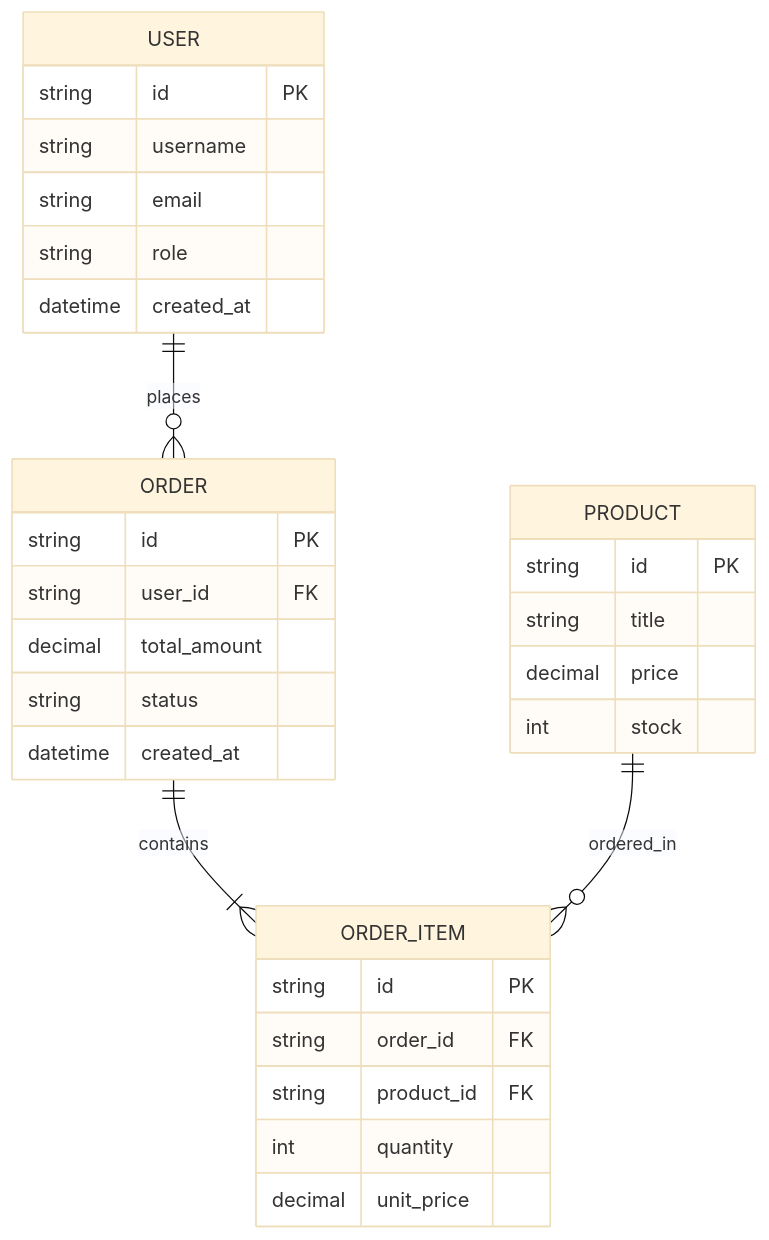
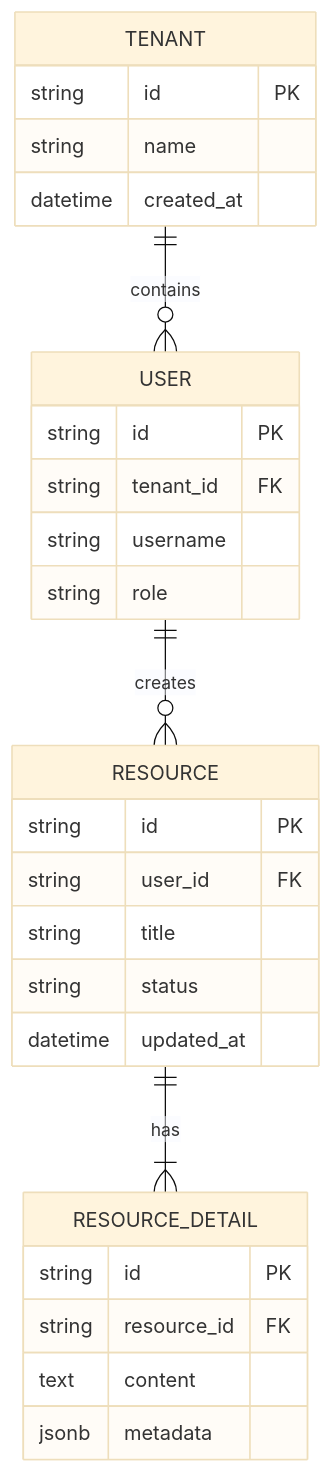
The fourth of 4 diagrams in skills/app-reverse-spec/references/PRD_TEMPLATE.md (yurongfu-01/app-reverse-spec), drawn with Mermaid (base theme) before and after one commit. The commit also changed other lines of this file and 13 other files, not shown here.

Commit message:
feat: upgrade to v2.0.0 industrial 1:1 replication architecture & add Chatbox showcase package

````diff
--- a/skills/app-reverse-spec/references/PRD_TEMPLATE.md
+++ b/skills/app-reverse-spec/references/PRD_TEMPLATE.md
@@ -167,33 +249,31 @@
 ```mermaid
 erDiagram
-    USER ||--o{ ORDER : places
+    TENANT ||--o{ USER : contains
+    USER ||--o{ RESOURCE : creates
+    RESOURCE ||--|{ RESOURCE_DETAIL : has
+
+    TENANT {
+        string id PK
+        string name
+        datetime created_at
+    }
     USER {
         string id PK
+        string tenant_id FK
         string username
-        string email
         string role
-        datetime created_at
     }
-    ORDER ||--|{ ORDER_ITEM : contains
-    ORDER {
+    RESOURCE {
         string id PK
         string user_id FK
-        decimal total_amount
+        string title
         string status
-        datetime created_at
+        datetime updated_at
     }
-    PRODUCT ||--o{ ORDER_ITEM : ordered_in
-    PRODUCT {
+    RESOURCE_DETAIL {
         string id PK
-        string title
-        decimal price
-        int stock
-    }
-    ORDER_ITEM {
-        string id PK
-        string order_id FK
-        string product_id FK
-        int quantity
-        decimal unit_price
+        string resource_id FK
+        text content
+        jsonb metadata
     }
 ```
````
